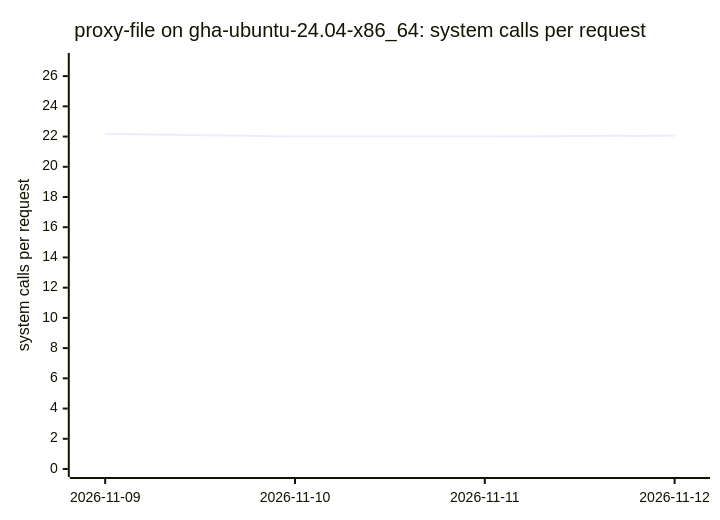
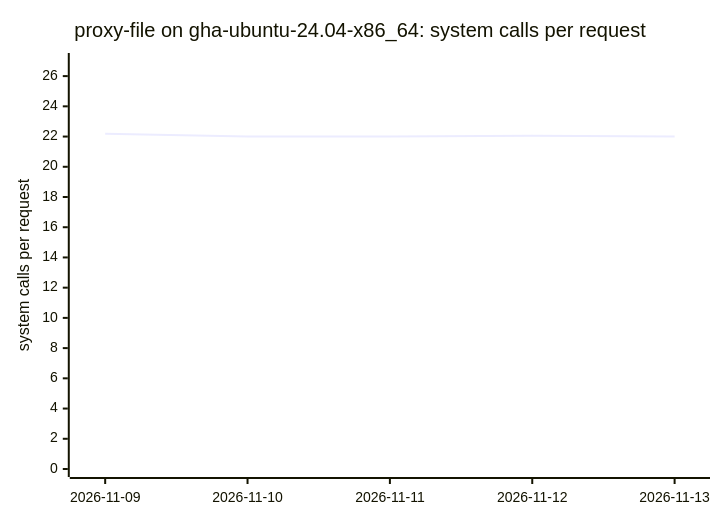
Before and after one commit to ThePixelPilgrim/durchlauferhitzer: diagram 16 of 18 in BENCHMARKS.md, drawn with Mermaid. The commit also changed other lines of this file and 1 other file, not shown here.

````diff
--- a/BENCHMARKS.md
+++ b/BENCHMARKS.md
@@ -178,7 +178,7 @@
 ```mermaid
 xychart-beta
   title "proxy-file on gha-ubuntu-24.04-x86_64: system calls per request"
-  x-axis ["2026-11-09", "2026-11-10", "2026-11-11", "2026-11-12"]
+  x-axis ["2026-11-09", "2026-11-10", "2026-11-11", "2026-11-12", "2026-11-13"]
   y-axis "system calls per request" 0 --> 27
-  line [22.18, 22.00, 22.00, 22.06]
+  line [22.18, 22.00, 22.00, 22.06, 22.01]
 ```
````
